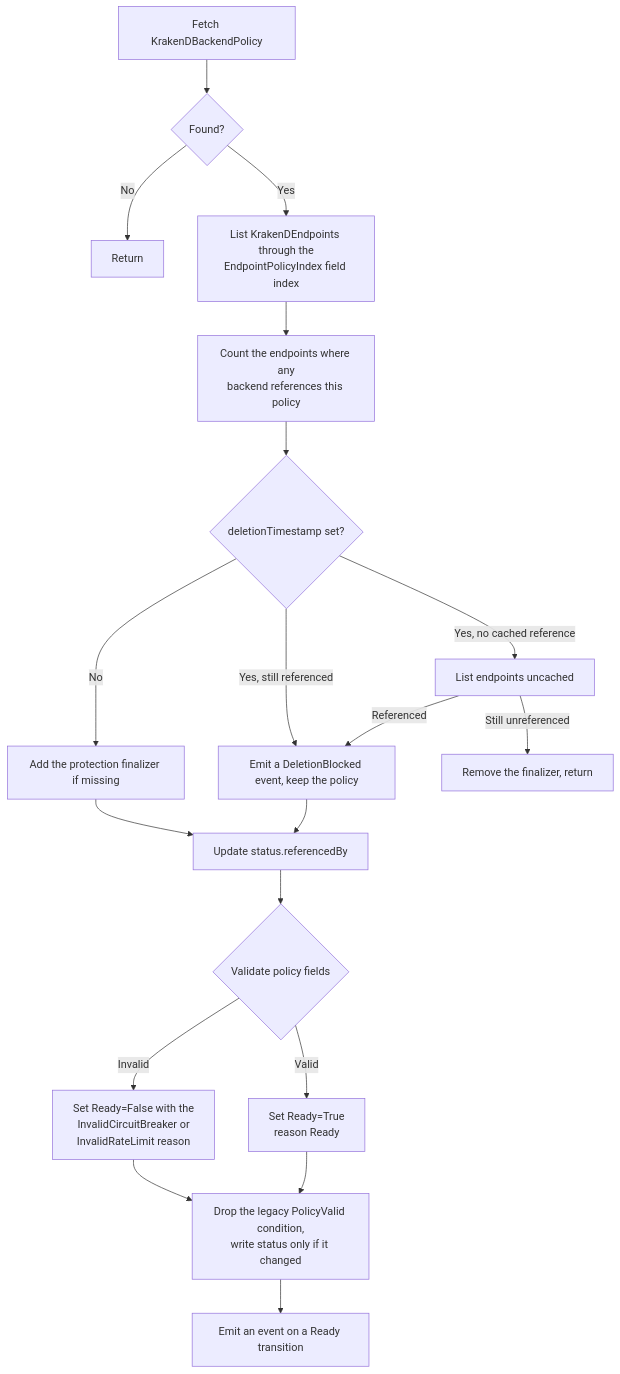
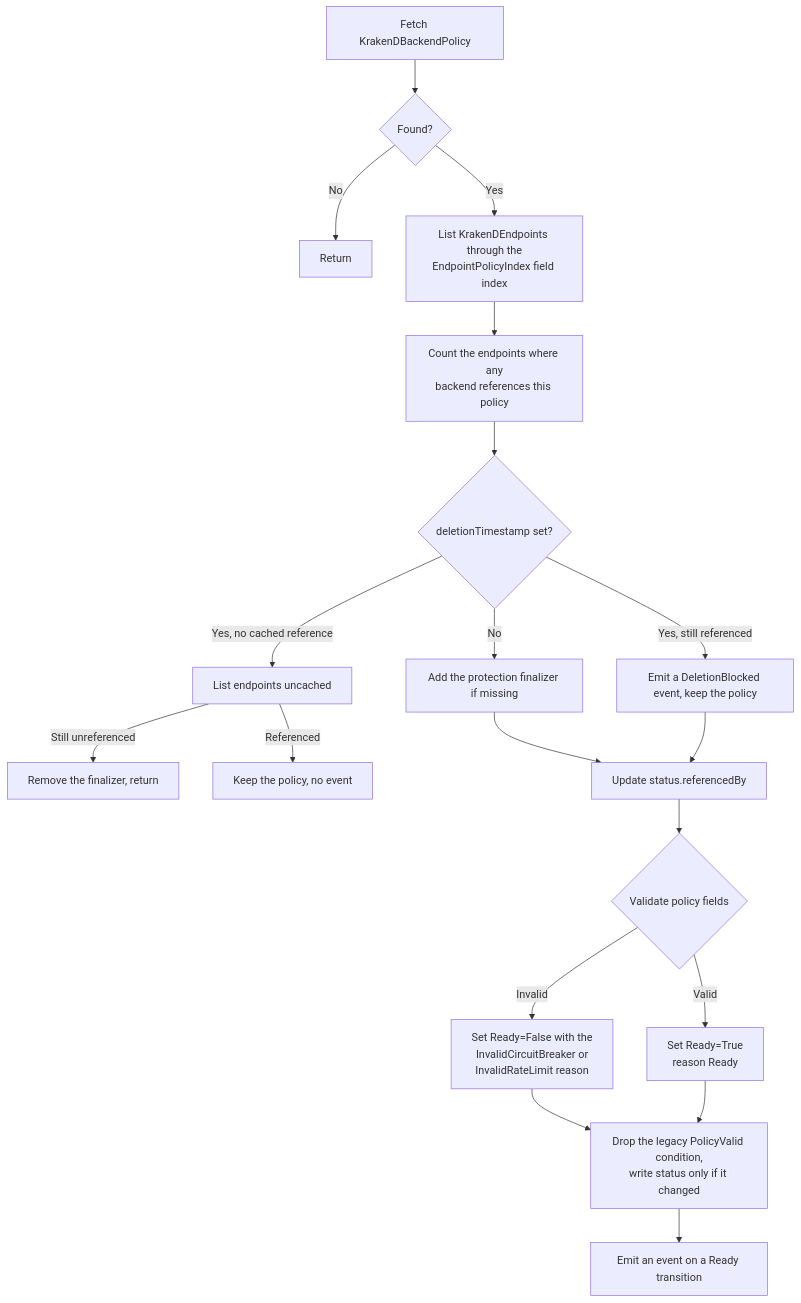
One commit to MyCarrier-DevOps/KrakenD-Operator changed the fifth of 10 diagrams in architecture/application/application-architecture.md. Above: the diagram before and after it, drawn with Mermaid. The commit also changed other lines of this file, not shown here.

Commit message:
docs(architecture): put APIReader on policy controller, narrow the race

````diff
--- a/architecture/application/application-architecture.md
+++ b/architecture/application/application-architecture.md
@@ -1227,21 +1227,21 @@
 ```mermaid
 flowchart TD
     A[Fetch KrakenDBackendPolicy] --> B{Found?}
     B -->|No| Z[Return]
     B -->|Yes| C[List KrakenDEndpoints through the<br/>EndpointPolicyIndex field index]
     C --> D[Count the endpoints where any<br/>backend references this policy]
     D --> P{deletionTimestamp set?}
     P -->|No| Q[Add the protection finalizer if missing]
     P -->|Yes, still referenced| R[Emit a DeletionBlocked event, keep the policy]
     P -->|Yes, no cached reference| S[List endpoints uncached]
     S -->|Still unreferenced| T[Remove the finalizer, return]
-    S -->|Referenced| R
+    S -->|Referenced| U[Keep the policy, no event]
     Q --> E[Update status.referencedBy]
     R --> E
     E --> F{Validate policy fields}
     F -->|Invalid| G[Set Ready=False with the<br/>InvalidCircuitBreaker or<br/>InvalidRateLimit reason]
     F -->|Valid| H[Set Ready=True<br/>reason Ready]
     G --> J[Drop the legacy PolicyValid condition,<br/>write status only if it changed]
     H --> J
     J --> K[Emit an event on a Ready transition]
 ```
````
